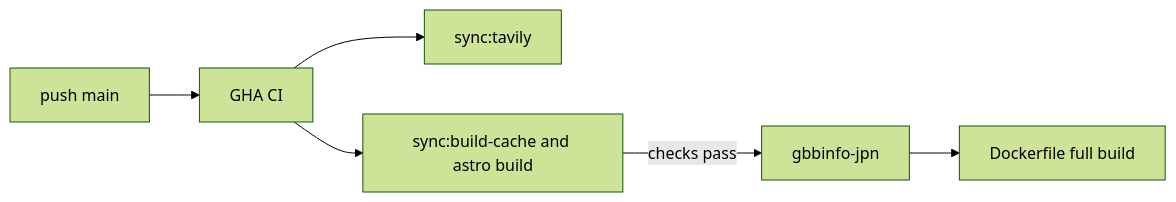
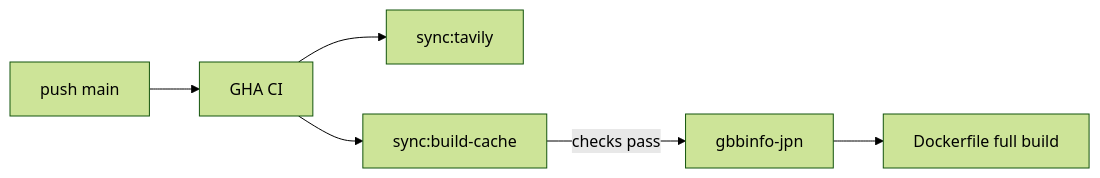
One commit to shumizu418128/gbbinfo4.0 changed the diagram in README.md. Above: the diagram before and after it, drawn with Mermaid (forest theme). The commit also changed other lines of this file and 3 other files, not shown here.

````diff
--- a/README.md
+++ b/README.md
@@ -90,8 +90,8 @@
 ```mermaid
 flowchart LR
   push[push main] --> gha[GHA CI]
   gha --> tavily[sync:tavily]
-  gha --> verify[sync:build-cache and astro build]
-  verify -->|checks pass| render[gbbinfo-jpn]
+  gha --> cache[sync:build-cache]
+  cache -->|checks pass| render[gbbinfo-jpn]
   render --> docker[Dockerfile full build]
 ```
````
